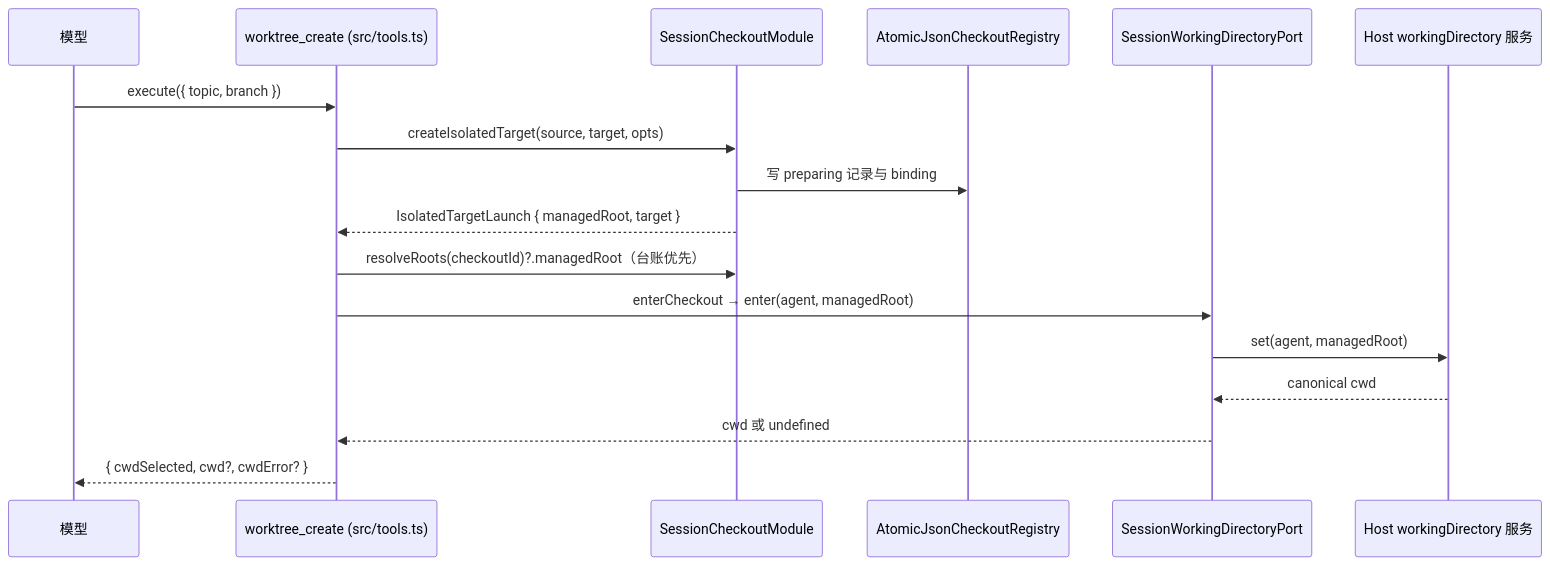
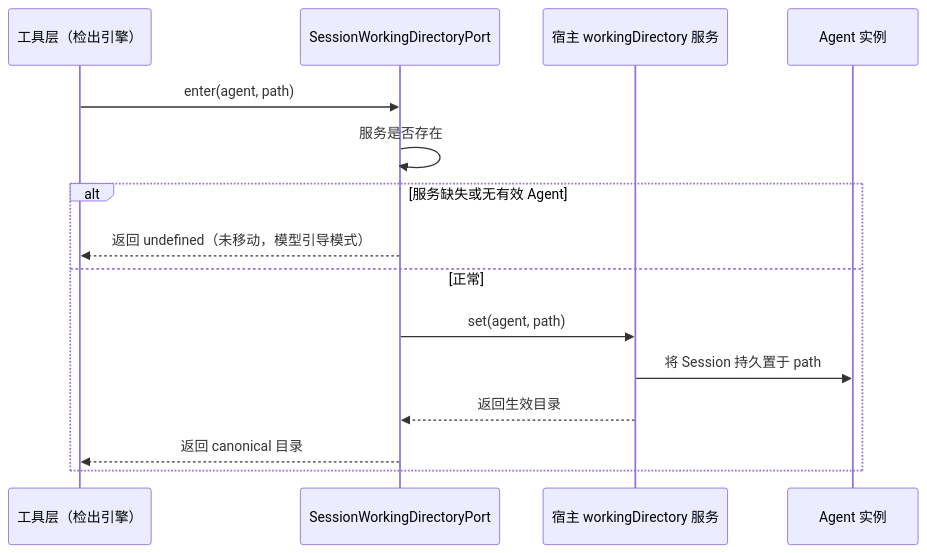
Before and after one commit to ikliml666/dsh-git-workspace: the fourth of 6 diagrams in .codewiki/_techdocs/docs/core_worktree_domain_and_infrastructure/src_adapters/src_adapters_host_binding.md, drawn with Mermaid. The commit also changed other lines of this file and 71 other files, not shown here.

````diff
--- a/.codewiki/_techdocs/docs/core_worktree_domain_and_infrastructure/src_adapters/src_adapters_host_binding.md
+++ b/.codewiki/_techdocs/docs/core_worktree_domain_and_infrastructure/src_adapters/src_adapters_host_binding.md
@@ -247,20 +190,18 @@
 ```mermaid
 sequenceDiagram
-    participant M as 模型
-    participant T as worktree_create (src/tools.ts)
-    participant MOD as SessionCheckoutModule
-    participant REG as AtomicJsonCheckoutRegistry
-    participant WD as SessionWorkingDirectoryPort
-    participant HOST as Host workingDirectory 服务
+  participant TOOL as 工具层（检出引擎）
+  participant PORT as SessionWorkingDirectoryPort
+  participant SVC as 宿主 workingDirectory 服务
+  participant AGENT as Agent 实例
 
-    M->>T: execute({ topic, branch })
-    T->>MOD: createIsolatedTarget(source, target, opts)
-    MOD->>REG: 写 preparing 记录与 binding
-    MOD-->>T: IsolatedTargetLaunch { managedRoot, target }
-    T->>MOD: resolveRoots(checkoutId)?.managedRoot（台账优先）
-    T->>WD: enterCheckout → enter(agent, managedRoot)
-    WD->>HOST: set(agent, managedRoot)
-    HOST-->>WD: canonical cwd
-    WD-->>T: cwd 或 undefined
-    T-->>M: { cwdSelected, cwd?, cwdError? }
+  TOOL->>PORT: enter(agent, path)
+  PORT->>PORT: 服务是否存在#63 agent 是否有效#63
+  alt 服务缺失或无有效 Agent
+    PORT-->>TOOL: 返回 undefined（未移动，模型引导模式）
+  else 正常
+    PORT->>SVC: set(agent, path)
+    SVC->>AGENT: 将 Session 持久置于 path
+    SVC-->>PORT: 返回生效目录
+    PORT-->>TOOL: 返回 canonical 目录
+  end
 ```
````
